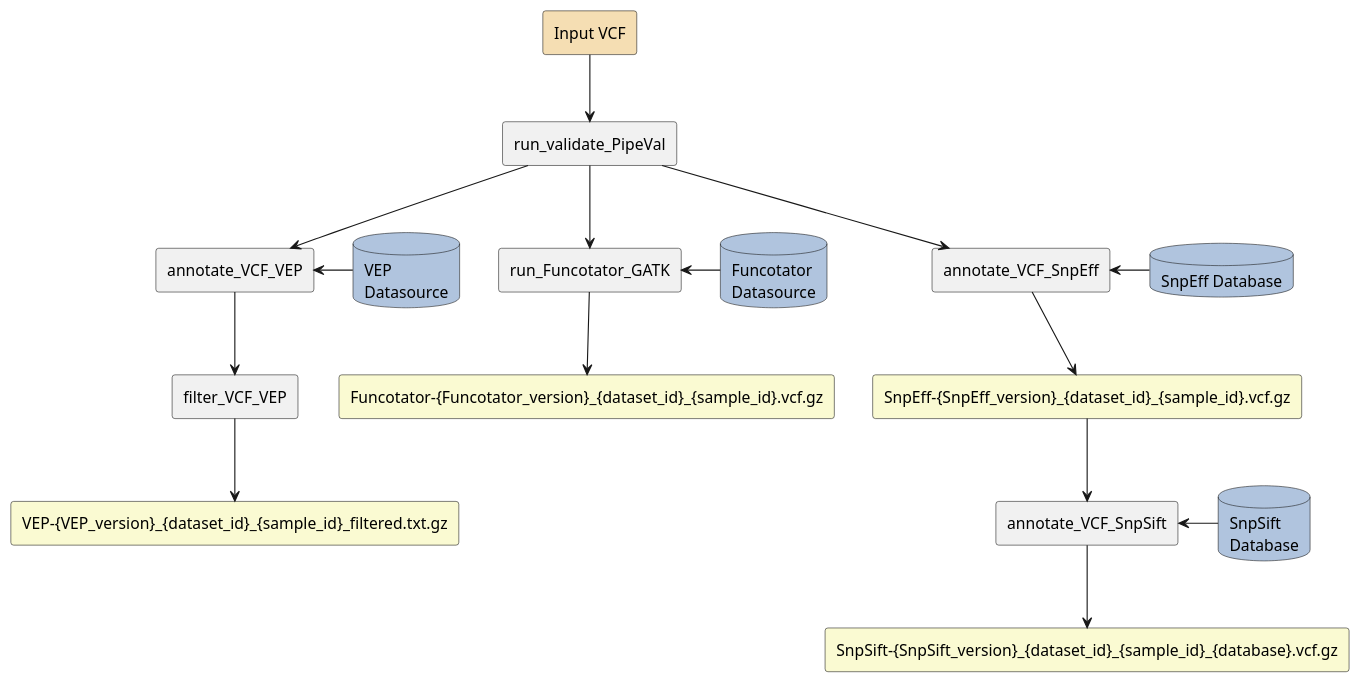
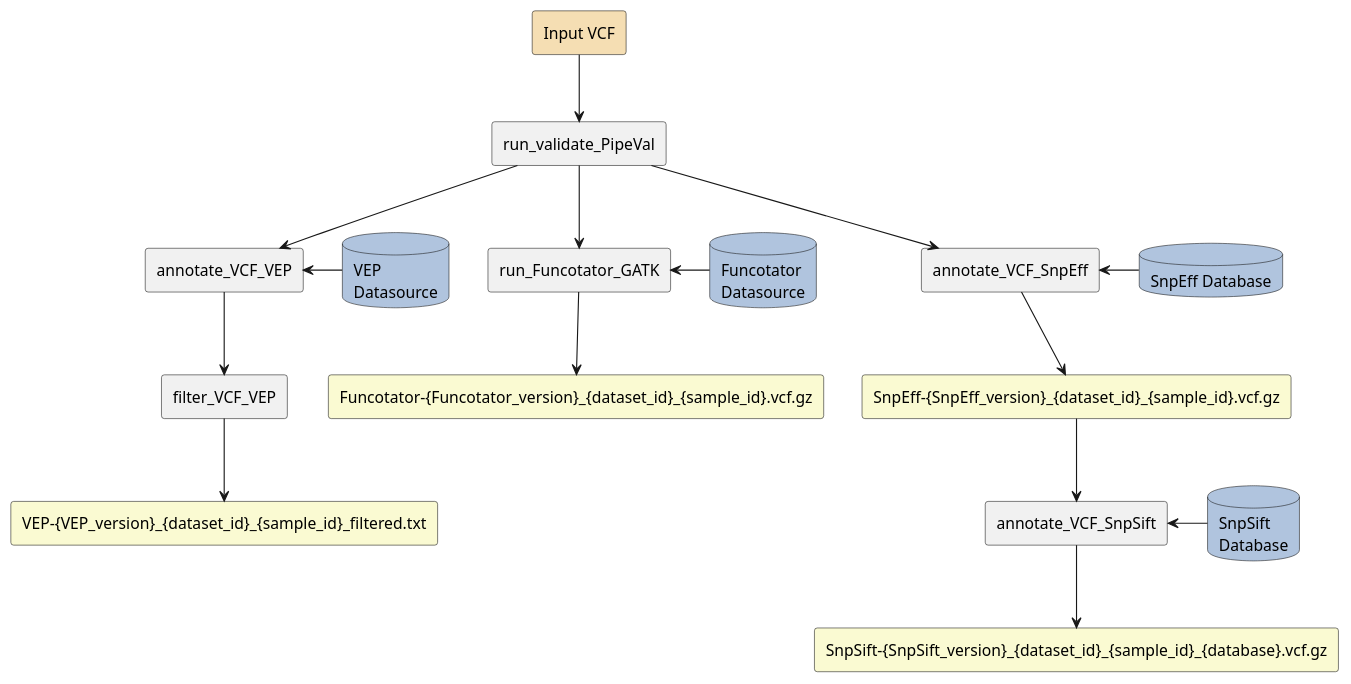
Before and after one commit to TheBoutrosLab/pipeline-annotate-VCF: the diagram in docs/annotate-vcf-flow.puml, drawn with PlantUML. The commit also changed 1 other file, not shown here.

```diff
--- a/docs/annotate-vcf-flow.puml
+++ b/docs/annotate-vcf-flow.puml
@@ -1,41 +1,41 @@
 @startuml
 skinparam database {
     BackgroundColor LightSteelBlue
 }
 
 rectangle "Input VCF" as InputVCF #Wheat
 rectangle "run_validate_PipeVal" as Validation
 rectangle "annotate_VCF_SnpEff" as AnnotateSnpEff
 rectangle "SnpEff-{SnpEff_version}_{dataset_id}_{sample_id}.vcf.gz" as SnpEffOutput #LightGoldenRodYellow
 database "SnpEff Database" as SnpEffDB
 rectangle "annotate_VCF_SnpSift" as AnnotateSnpSift
 rectangle "SnpSift-{SnpSift_version}_{dataset_id}_{sample_id}_{database}.vcf.gz" as SnpSiftOutput #LightGoldenRodYellow
 database "SnpSift\nDatabase" as DatabaseVCF
 
 rectangle "run_Funcotator_GATK" as Funcotator
 rectangle "Funcotator-{Funcotator_version}_{dataset_id}_{sample_id}.vcf.gz" as FuncotatorOutput #LightGoldenRodYellow
 database "Funcotator\nDatasource" as FuncotatorDB
 
 rectangle "annotate_VCF_VEP" as VEP1
 database "VEP\nDatasource" as VEPDB
 rectangle "filter_VCF_VEP" as VEP2
-rectangle "VEP-{VEP_version}_{dataset_id}_{sample_id}_filtered.txt.gz" as VEPOutput #LightGoldenRodYellow
+rectangle "VEP-{VEP_version}_{dataset_id}_{sample_id}_filtered.txt" as VEPOutput #LightGoldenRodYellow
 
 InputVCF --> Validation
 Validation --> AnnotateSnpEff
 AnnotateSnpEff --> SnpEffOutput
 SnpEffDB -l-> AnnotateSnpEff
 SnpEffOutput --> AnnotateSnpSift
 AnnotateSnpSift --> SnpSiftOutput
 DatabaseVCF -l-> AnnotateSnpSift
 
 Validation --> Funcotator
 FuncotatorDB -l-> Funcotator
 Funcotator --> FuncotatorOutput
 
 Validation --> VEP1
 VEPDB -l-> VEP1
 VEP1 --> VEP2
 VEP2 --> VEPOutput
 
 @enduml
```
